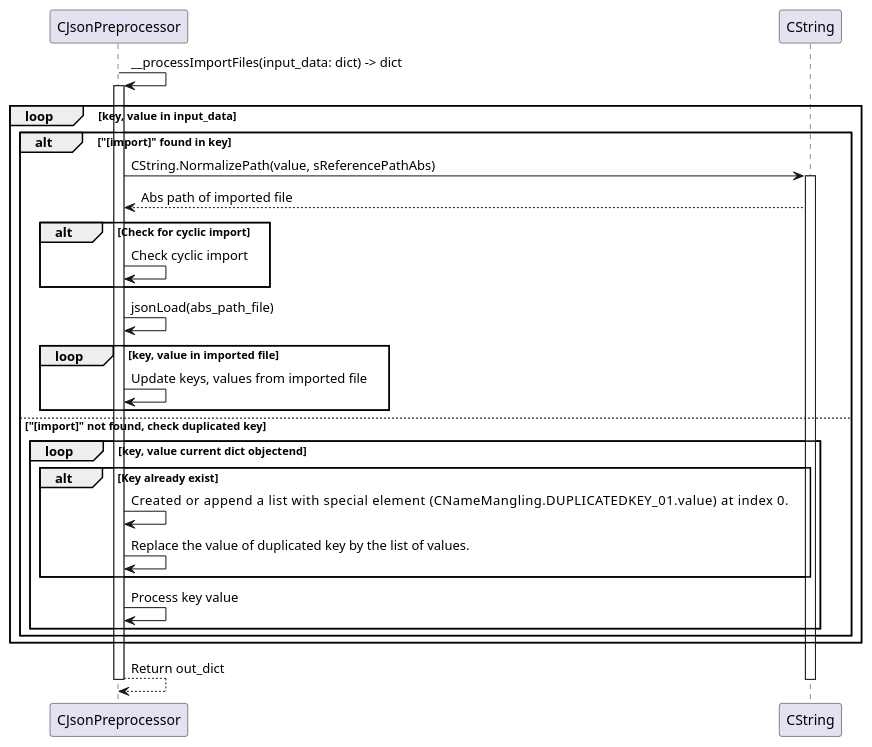
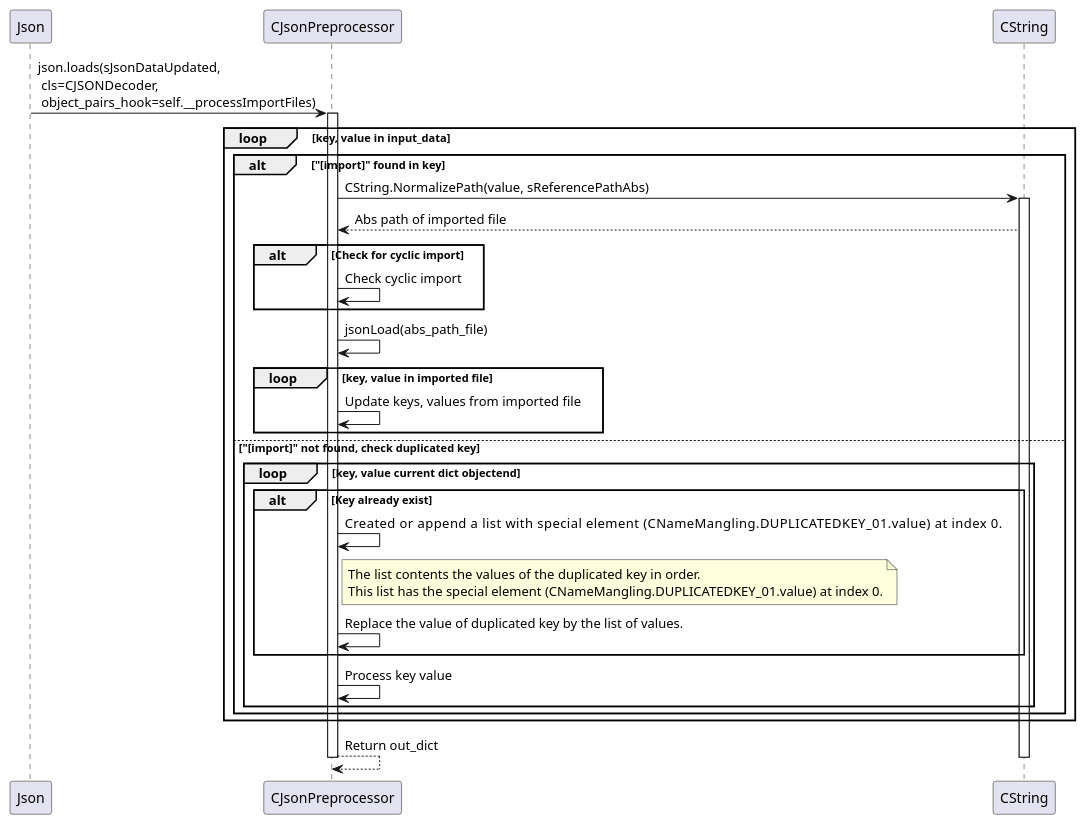
The diagram in design/__processImportFiles.puml (test-fullautomation/python-jsonpreprocessor), drawn with PlantUML before and after one commit.

Commit message:
Updated design for __processImportFiles

```diff
--- a/design/__processImportFiles.puml
+++ b/design/__processImportFiles.puml
@@ -1,41 +1,44 @@
 @startuml
 
+participant Json
 participant CJsonPreprocessor
 participant CString
 
-CJsonPreprocessor -> CJsonPreprocessor: __processImportFiles(input_data: dict) -> dict
+Json -> CJsonPreprocessor: json.loads(sJsonDataUpdated,\n cls=CJSONDecoder, \n object_pairs_hook=self.__processImportFiles)
 activate CJsonPreprocessor
 
 loop key, value in input_data
 alt "[import]" found in key
     CJsonPreprocessor -> CString: CString.NormalizePath(value, sReferencePathAbs)
     activate CString
     CString --> CJsonPreprocessor: Abs path of imported file
 
     alt Check for cyclic import
         CJsonPreprocessor -> CJsonPreprocessor: Check cyclic import
     end
 
     CJsonPreprocessor -> CJsonPreprocessor: jsonLoad(abs_path_file)
     loop key, value in imported file
     CJsonPreprocessor -> CJsonPreprocessor: Update keys, values from imported file
     end
 else "[import]" not found, check duplicated key
     loop key, value current dict objectend
         alt Key already exist
             CJsonPreprocessor -> CJsonPreprocessor: Created or append a list with special element \
             (CNameMangling.DUPLICATEDKEY_01.value) at index 0.
+            note right CJsonPreprocessor: The list contents the values of the duplicated key in order.\n\
+This list has the special element (CNameMangling.DUPLICATEDKEY_01.value) at index 0.
             CJsonPreprocessor -> CJsonPreprocessor: Replace the value of duplicated key by the list of values.
         end
     CJsonPreprocessor -> CJsonPreprocessor: Process key value
     end
 end
 
 end
 
 CJsonPreprocessor --> CJsonPreprocessor: Return out_dict
 
 deactivate CString
 deactivate CJsonPreprocessor
 
 @enduml
```
